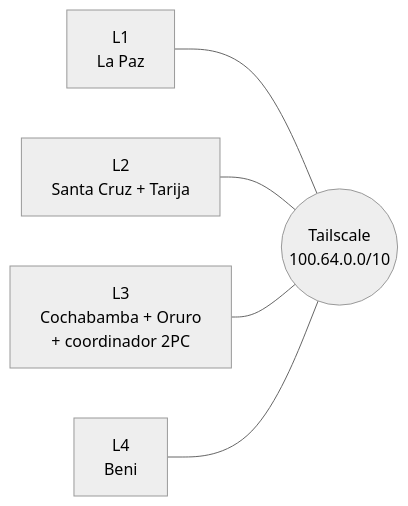
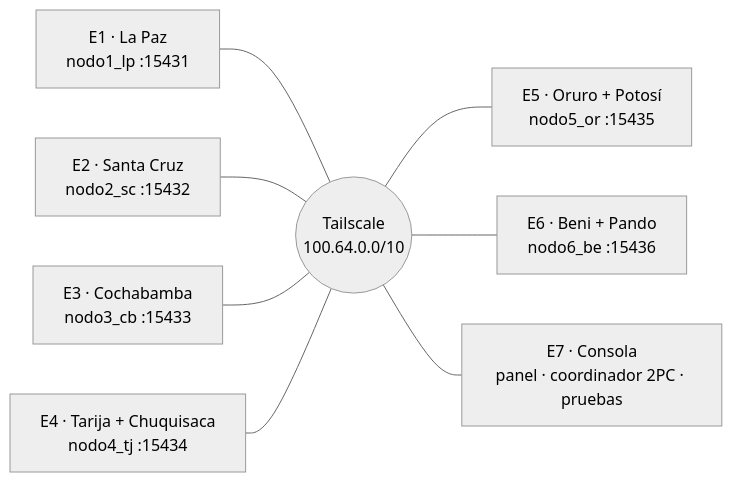
The second of 2 diagrams in README.md (CondoriEstherD/distributed-db-bolivia), drawn with Mermaid (neutral theme) before and after one commit. The commit also changed other lines of this file and 5 other files, not shown here.

First line of the commit message:
Despliegue en 7 equipos: un nodo por equipo y una consola de operación

````diff
--- a/README.md
+++ b/README.md
@@ -198,7 +203,10 @@
 ```mermaid
 flowchart LR
-    L1["L1<br/>La Paz"] --- T(("Tailscale<br/>100.64.0.0/10"))
-    L2["L2<br/>Santa Cruz + Tarija"] --- T
-    L3["L3<br/>Cochabamba + Oruro<br/>+ coordinador 2PC"] --- T
-    L4["L4<br/>Beni"] --- T
+    E1["E1 · La Paz<br/>nodo1_lp :15431"] --- T(("Tailscale<br/>100.64.0.0/10"))
+    E2["E2 · Santa Cruz<br/>nodo2_sc :15432"] --- T
+    E3["E3 · Cochabamba<br/>nodo3_cb :15433"] --- T
+    E4["E4 · Tarija + Chuquisaca<br/>nodo4_tj :15434"] --- T
+    T --- E5["E5 · Oruro + Potosí<br/>nodo5_or :15435"]
+    T --- E6["E6 · Beni + Pando<br/>nodo6_be :15436"]
+    T --- E7["E7 · Consola<br/>panel · coordinador 2PC · pruebas"]
 ```
````
